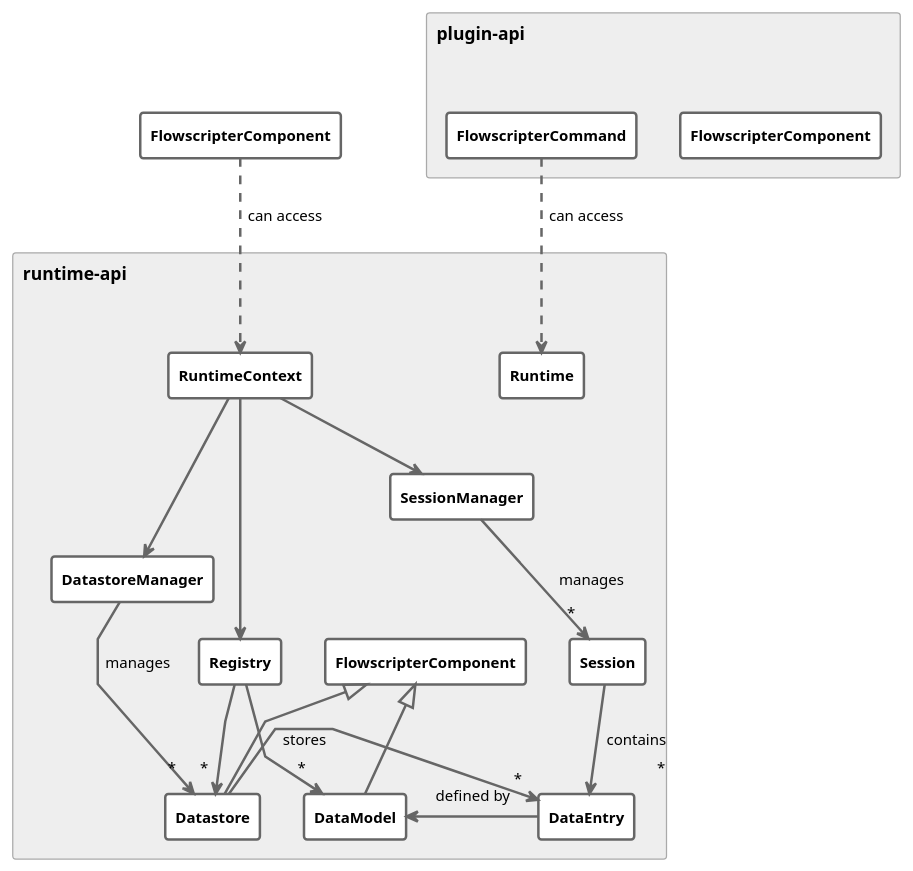
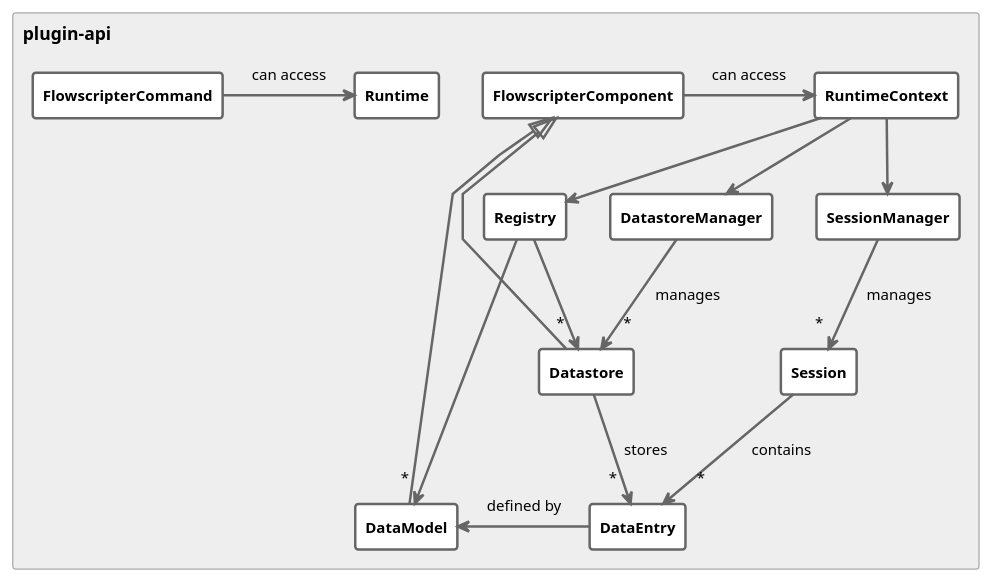
Before and after one commit to flowscripter/plugin-api: the diagram in images/high_level_runtime_class_diagram.iuml, drawn with PlantUML. The commit also changed 6 other files, not shown here.

```diff
--- a/images/high_level_runtime_class_diagram.iuml
+++ b/images/high_level_runtime_class_diagram.iuml
@@ -1,66 +1,64 @@
 @startuml
 
 skinparam {
     shadowing false
     CircledCharacterFontSize 8
     ClassBackgroundColor #FFF
     ClassArrowColor #666
     ClassBorderColor #666
     PackageBorderColor #AAA
     ClassBorderThickness 2
     PackageBackgroundColor #EEE
     PackageTitleAlignment left
     PackageFontSize 12
     ClassFontStyle bold
     ClassFontSize 12
     ArrowFontSize 12
     ArrowThickness 2
     Padding 5
     linetype polyline
 }
 
 hide empty members
 hide circle
 
 package plugin-api <<Rectangle>> {
     class FlowscripterComponent
     class FlowscripterCommand
-}
 
-package runtime-api <<Rectangle>> {
     class Runtime
     class RuntimeContext
 
     class Registry
 
     class SessionManager
     class Session
 
     class DatastoreManager
     class Datastore extends FlowscripterComponent
 
     class DataModel extends FlowscripterComponent
     class DataEntry
 }
 
-FlowscripterComponent ..> RuntimeContext: can access
-FlowscripterCommand ..> Runtime: can access
+FlowscripterComponent -right-> RuntimeContext: can access
+FlowscripterCommand -right-> Runtime: can access
 
 RuntimeContext --> Registry
 RuntimeContext --> SessionManager
 RuntimeContext --> DatastoreManager
 
-Registry --> "*" Datastore
+Registry --> "    *" Datastore
 Registry --> "*" DataModel
 
 SessionManager --> "*" Session : manages
 
-DatastoreManager --> "           *" Datastore : manages
+DatastoreManager --> "  *" Datastore : manages
 
-Datastore -right-> "*" DataEntry: stores
+Datastore -right-> "      *" DataEntry: stores
 
-Session --> "             *" DataEntry: contains
+Session --> "    *" DataEntry: contains
 
 DataEntry -> DataModel: defined by
 
 @enduml
```
